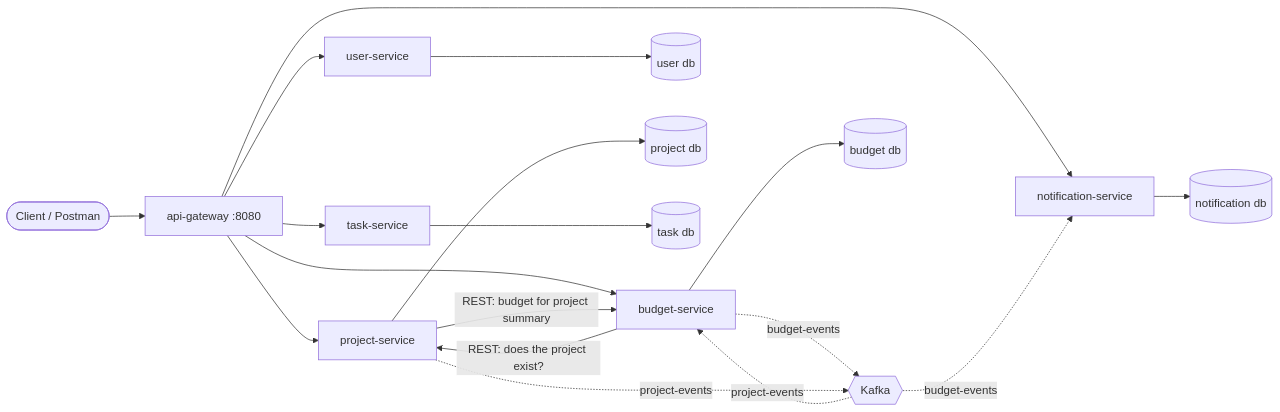
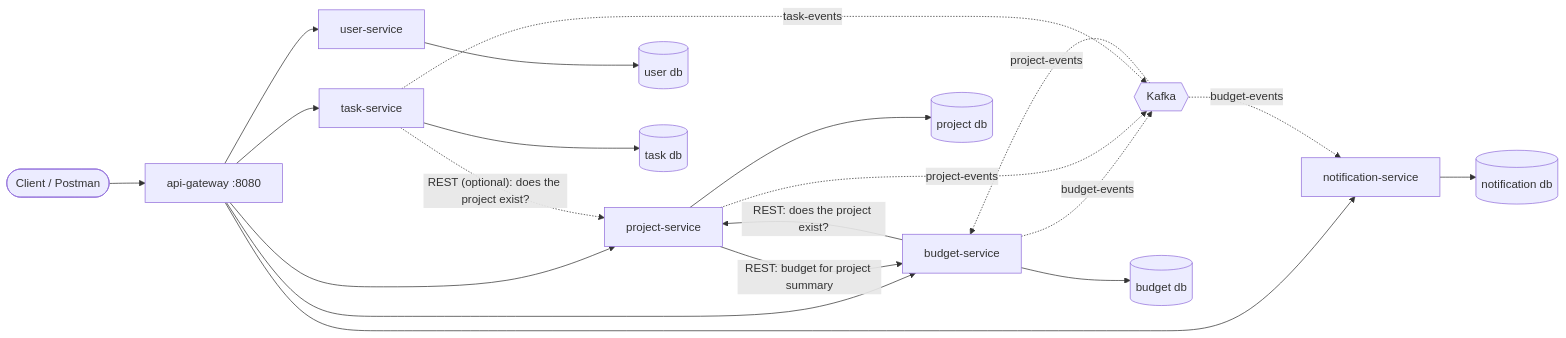
Before and after one commit to maba103/PG3402-eksamen: the first of 3 diagrams in README.md, drawn with Mermaid. The commit also changed other lines of this file and 1 other file, not shown here.

Commit message:
Update main README with task-service

````diff
--- a/README.md
+++ b/README.md
@@ -34,24 +34,25 @@
 ```mermaid
 flowchart LR
     Client([Client / Postman]) --> Gateway[api-gateway :8080]
 
     Gateway --> User[user-service]
     Gateway --> Project[project-service]
     Gateway --> Budget[budget-service]
     Gateway --> Notification[notification-service]
     Gateway --> Task[task-service]
 
     Budget -- "REST: does the project exist?" --> Project
     Project -- "REST: budget for project summary" --> Budget
 
     Budget -. "budget-events" .-> Kafka{{Kafka}}
     Kafka -. "budget-events" .-> Notification
     Project -. "project-events" .-> Kafka
     Kafka -. "project-events" .-> Budget
-
+    Task -. "task-events" .-> Kafka
+    Task -. "REST (optional): does the project exist?" .-> Project
     User --> UserDB[(user db)]
     Project --> ProjectDB[(project db)]
     Budget --> BudgetDB[(budget db)]
     Notification --> NotificationDB[(notification db)]
     Task --> TaskDB[(task db)]
 ```
````
